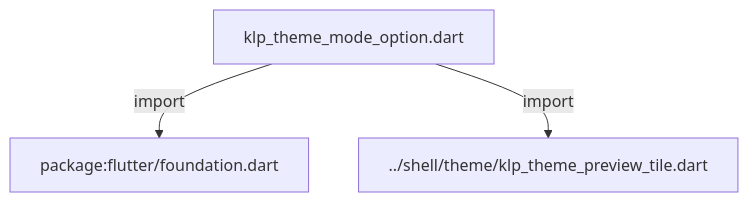
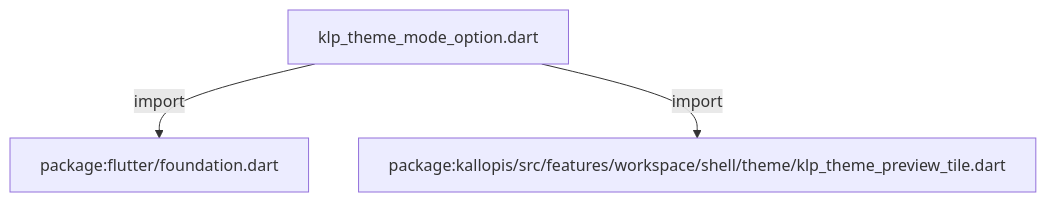
One commit to MiuDog/Kallopis changed the first of 2 diagrams in docs/architecture/src/features/workspace/settings/klp_theme_mode_option.md. Above: the diagram before and after it, drawn with Mermaid. The commit also changed other lines of this file and 9688 other files, not shown here.

Commit message:
Prepare isolated Flow F2 peer baseline

````diff
--- a/docs/architecture/src/features/workspace/settings/klp_theme_mode_option.md
+++ b/docs/architecture/src/features/workspace/settings/klp_theme_mode_option.md
@@ -11,8 +11,8 @@
 ```mermaid
 flowchart TD
 	n0["klp_theme_mode_option.dart"]
 	n1["package:flutter/foundation.dart"]
-	n2["../shell/theme/klp_theme_preview_tile.dart"]
+	n2["package:kallopis/src/features/workspace/shell/theme/klp_theme_preview_tile.dart"]
 	n0 -->|"import"| n1
 	n0 -->|"import"| n2
 ```
````
